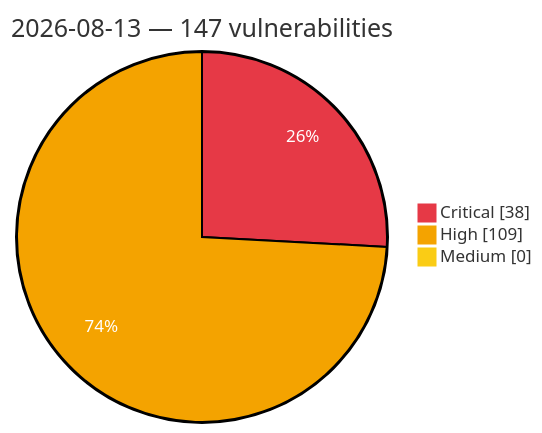
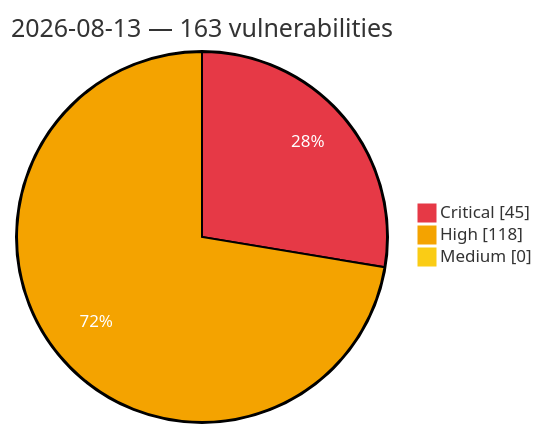
The diagram in vulnerabilities/2026/August/2026-08-13.md (GhostX0X/vuln-tracker), drawn with Mermaid before and after one commit. The commit also changed other lines of this file and 5 other files, not shown here.

Commit message:
Auto update: critical/high vulns (2026-08-13 23:58 UTC)

````diff
--- a/vulnerabilities/2026/August/2026-08-13.md
+++ b/vulnerabilities/2026/August/2026-08-13.md
@@ -3,8 +3,8 @@
 ```mermaid
 %%{init: {'theme':'base', 'themeVariables': {'pie1':'#e63946', 'pie2':'#f4a300', 'pie3':'#facc15', 'pieOpacity':'1', 'pieOuterStrokeWidth':'2px', 'pieSectionTextColor':'#ffffff'}}}%%
 pie showData
-    title 2026-08-13 — 147 vulnerabilities
-    "Critical" : 38
-    "High" : 109
+    title 2026-08-13 — 163 vulnerabilities
+    "Critical" : 45
+    "High" : 118
     "Medium" : 0
 ```
````
